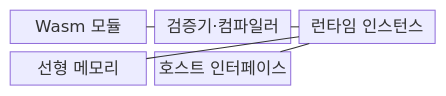
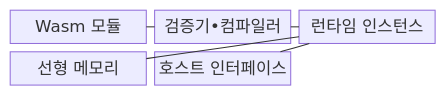
The first of 2 diagrams in src/content/docs/notes/08-latest-tech/166_webassembly.md (agnusdei1207/knowledge-base), drawn with Mermaid before and after one commit. The commit also changed other lines of this file and 953 other files, not shown here.

````diff
--- a/src/content/docs/notes/08-latest-tech/166_webassembly.md
+++ b/src/content/docs/notes/08-latest-tech/166_webassembly.md
@@ -72,13 +72,13 @@
 ```mermaid
 block-beta
   columns 3
   A["Wasm 모듈"]
-  B["검증기·컴파일러"]
+  B["검증기•컴파일러"]
   C["런타임 인스턴스"]
   D["선형 메모리"]
   E["호스트 인터페이스"]
   A --- B
   B --- C
   C --- D
   C --- E
 ```
````
